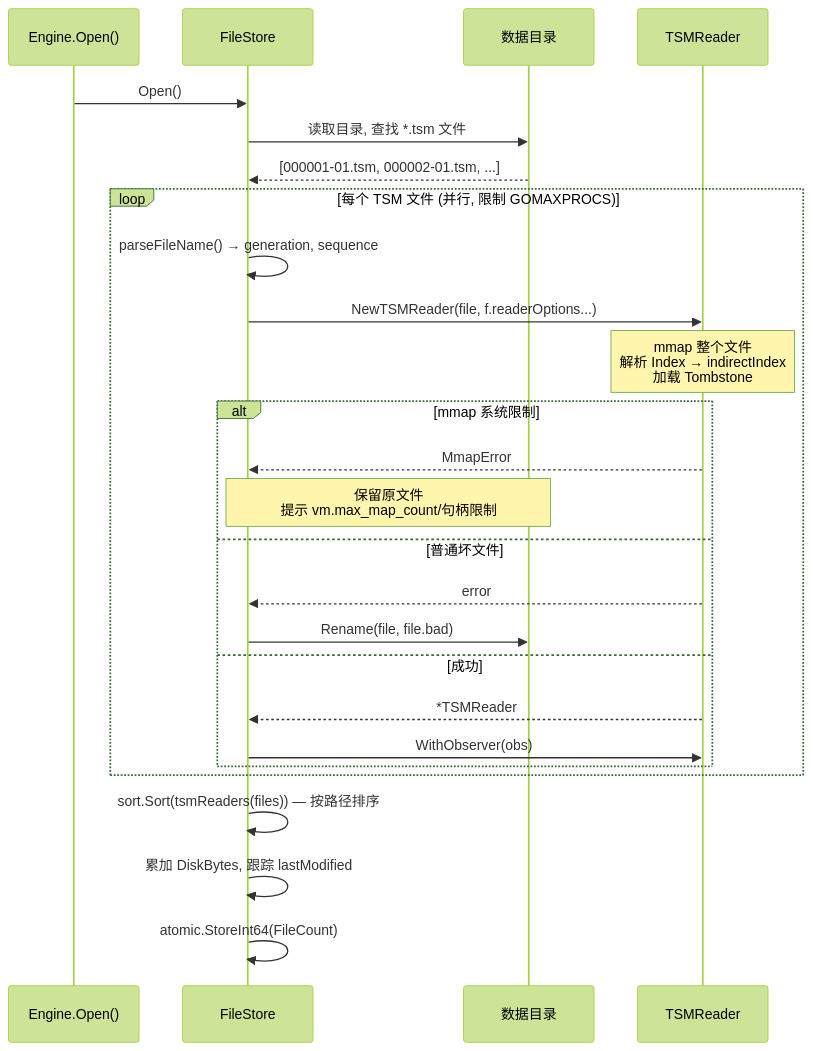
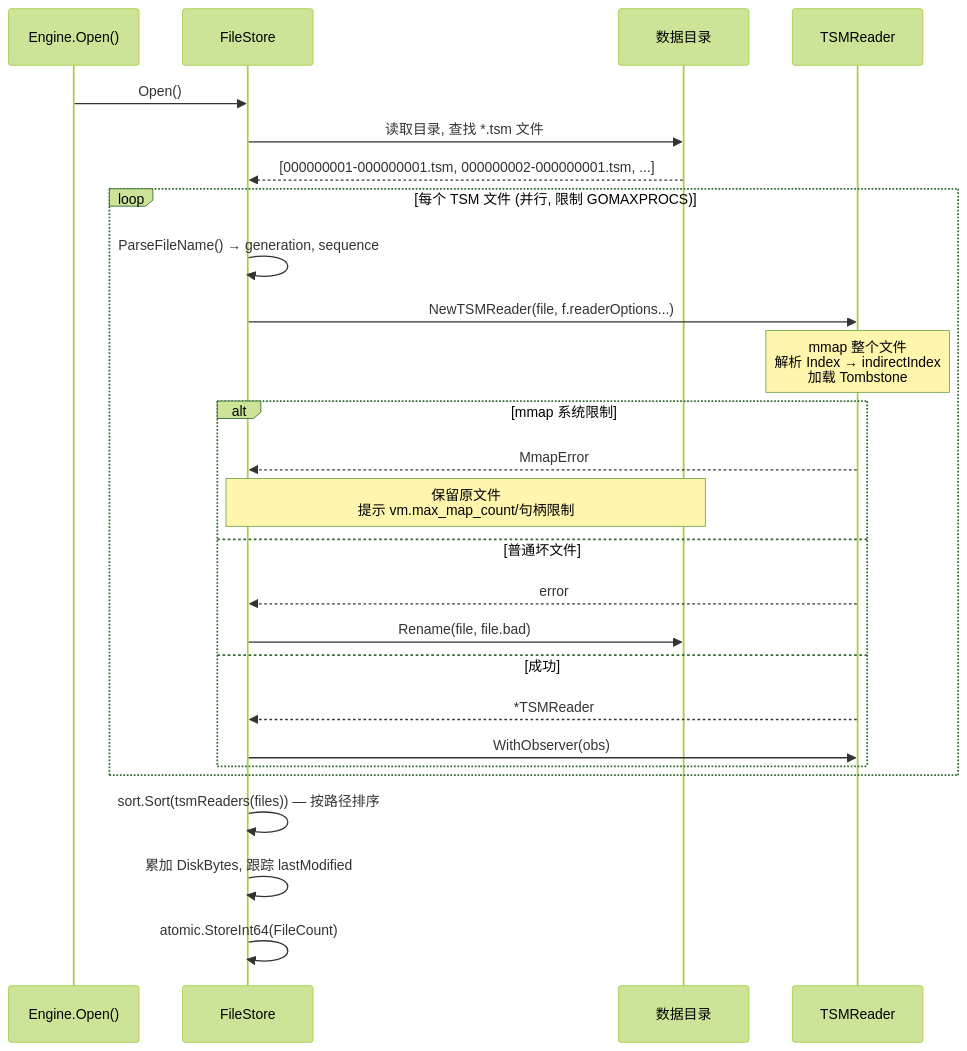
The third of 16 diagrams in docs/specs/16_filestore_keycursor_spec.md (stefanv5/influxdb), drawn with Mermaid (forest theme) before and after one commit. The commit also changed other lines of this file and 16 other files, not shown here.

First line of the commit message:
docs: correct and deepen the 17 architecture specs

````diff
--- a/docs/specs/16_filestore_keycursor_spec.md
+++ b/docs/specs/16_filestore_keycursor_spec.md
@@ -206,33 +208,33 @@
 ```mermaid
 sequenceDiagram
     participant Engine as Engine.Open()
     participant FS as FileStore
     participant Dir as 数据目录
     participant TSMR as TSMReader
 
     Engine->>FS: Open()
 
     FS->>Dir: 读取目录, 查找 *.tsm 文件
-    Dir-->>FS: [000001-01.tsm, 000002-01.tsm, ...]
+    Dir-->>FS: [000000001-000000001.tsm, 000000002-000000001.tsm, ...]
 
     loop 每个 TSM 文件 (并行, 限制 GOMAXPROCS)
-        FS->>FS: parseFileName() → generation, sequence
+        FS->>FS: ParseFileName() → generation, sequence
         FS->>TSMR: NewTSMReader(file, f.readerOptions...)
         Note over TSMR: mmap 整个文件<br>解析 Index → indirectIndex<br>加载 Tombstone
 
         alt mmap 系统限制
             TSMR-->>FS: MmapError
             Note over FS,Dir: 保留原文件<br/>提示 vm.max_map_count/句柄限制
         else 普通坏文件
             TSMR-->>FS: error
             FS->>Dir: Rename(file, file.bad)
         else 成功
             TSMR-->>FS: *TSMReader
             FS->>TSMR: WithObserver(obs)
         end
     end
 
     FS->>FS: sort.Sort(tsmReaders(files)) — 按路径排序
     FS->>FS: 累加 DiskBytes, 跟踪 lastModified
     FS->>FS: atomic.StoreInt64(FileCount)
 ```
````
